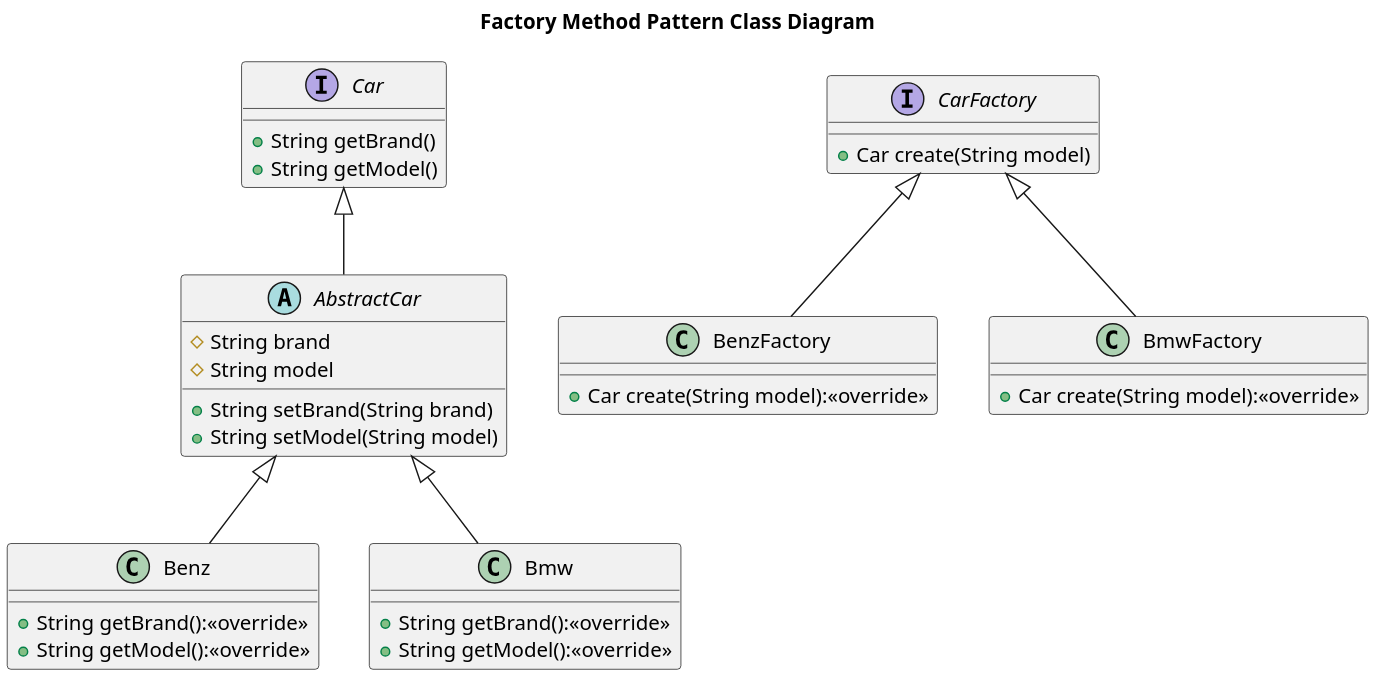
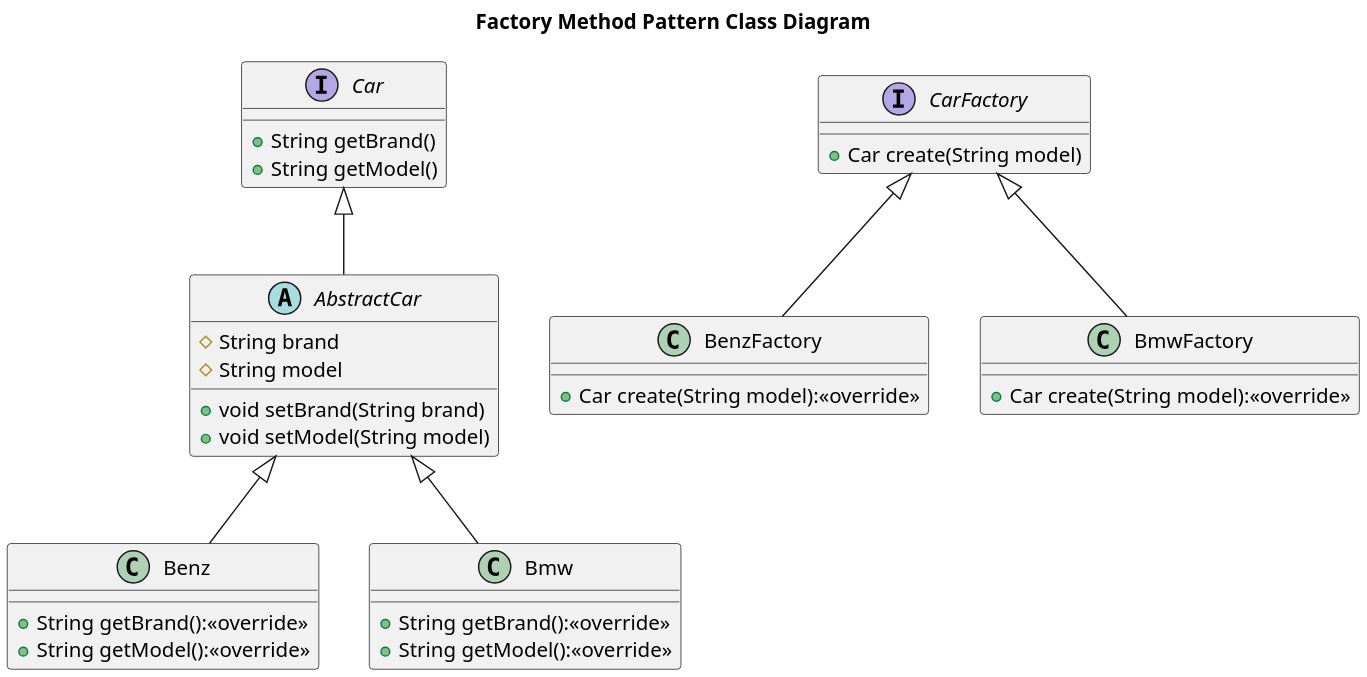
Before and after one commit to gumicode/gumicode.github.io: the diagram in meta/docs/design-pattern/factory-method-pattern-class-diagram.plantuml, drawn with PlantUML. The commit also changed 4 other files, not shown here.

```diff
--- a/meta/docs/design-pattern/factory-method-pattern-class-diagram.plantuml
+++ b/meta/docs/design-pattern/factory-method-pattern-class-diagram.plantuml
@@ -1,45 +1,45 @@
 @startuml Factory Method Pattern Class Diagram
 skinparam defaultFontName D2Coding
 
 scale 2
 title Factory Method Pattern Class Diagram
 
 interface Car {
   +String getBrand()
   +String getModel()
 }
 abstract class AbstractCar {
   #String brand
   #String model
-  +String setBrand(String brand)
-  +String setModel(String model)
+  +void setBrand(String brand)
+  +void setModel(String model)
 }
 class Benz {
   +String getBrand():<<override>>
   +String getModel():<<override>>
 }
 class Bmw {
   +String getBrand():<<override>>
   +String getModel():<<override>>
 }
 
 interface CarFactory {
   +Car create(String model)
 }
 
 class BenzFactory {
   +Car create(String model):<<override>>
 }
 
 class BmwFactory {
   +Car create(String model):<<override>>
 }
 
 Car <|-- AbstractCar
 AbstractCar <|-- Benz
 AbstractCar <|-- Bmw
 
 CarFactory <|-- BenzFactory
 CarFactory <|-- BmwFactory
 
 @enduml
```
